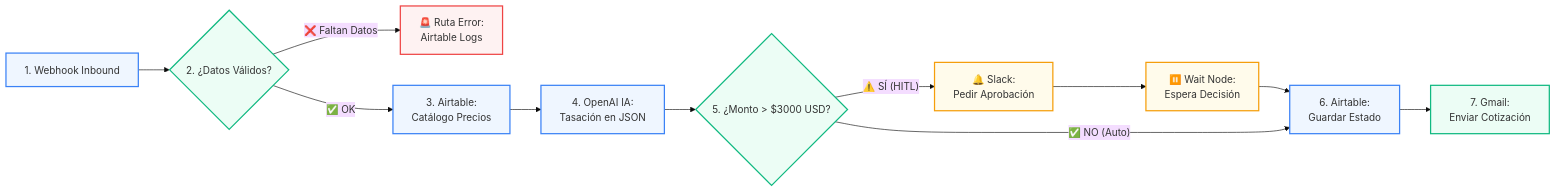
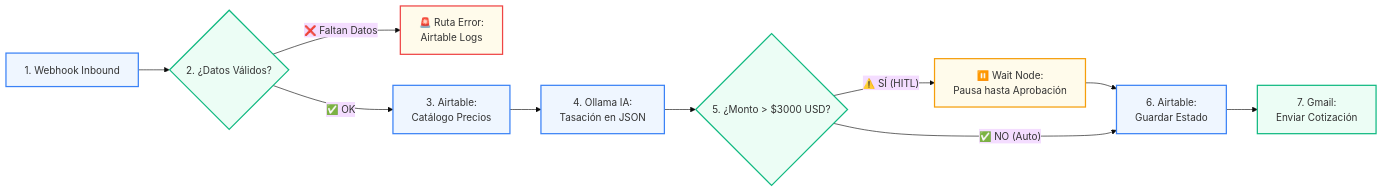
One commit to MiqueasSilva/IA-Automation-Final changed the diagram in README.md. Above: the diagram before and after it, drawn with Mermaid (base theme). The commit also changed other lines of this file and 3 other files, not shown here.

Commit message:
refactor: simplificar arquitectura HITL eliminando dependencia externa de Slack

````diff
--- a/README.md
+++ b/README.md
@@ -29,23 +29,22 @@
 ```mermaid
 flowchart LR
     A["1. Webhook Inbound"] --> B{"2. ¿Datos Válidos?"}
     B -- "❌ Faltan Datos" --> ERR["🚨 Ruta Error:<br/>Airtable Logs"]
     B -- "✅ OK" --> C["3. Airtable:<br/>Catálogo Precios"]
-    C --> D["4. OpenAI IA:<br/>Tasación en JSON"]
+    C --> D["4. Ollama IA:<br/>Tasación en JSON"]
     D --> E{"5. ¿Monto > $3000 USD?"}
-    E -- "⚠️ SÍ (HITL)" --> SLK["🔔 Slack:<br/>Pedir Aprobación"]
-    SLK --> WAIT["⏸️ Wait Node:<br/>Espera Decisión"]
+    E -- "⚠️ SÍ (HITL)" --> WAIT["⏸️ Wait Node:<br/>Pausa hasta Aprobación"]
     WAIT --> F["6. Airtable:<br/>Guardar Estado"]
     E -- "✅ NO (Auto)" --> F
     F --> G["7. Gmail:<br/>Enviar Cotización"]
 
     classDef ok fill:#ecfdf5,stroke:#10b981,stroke-width:2px;
-    classDef err fill:#fef2f2,stroke:#ef4444,stroke-width:2px;
+    classDef err fill:#fffbeb,stroke:#ef4444,stroke-width:2px;
     classDef hitl fill:#fffbeb,stroke:#f59e0b,stroke-width:2px;
     classDef main fill:#eff6ff,stroke:#3b82f6,stroke-width:2px;
 
     class A,C,D,F main;
     class B,E,G ok;
     class ERR err;
-    class SLK,WAIT hitl;
+    class WAIT hitl;
 ```
````
